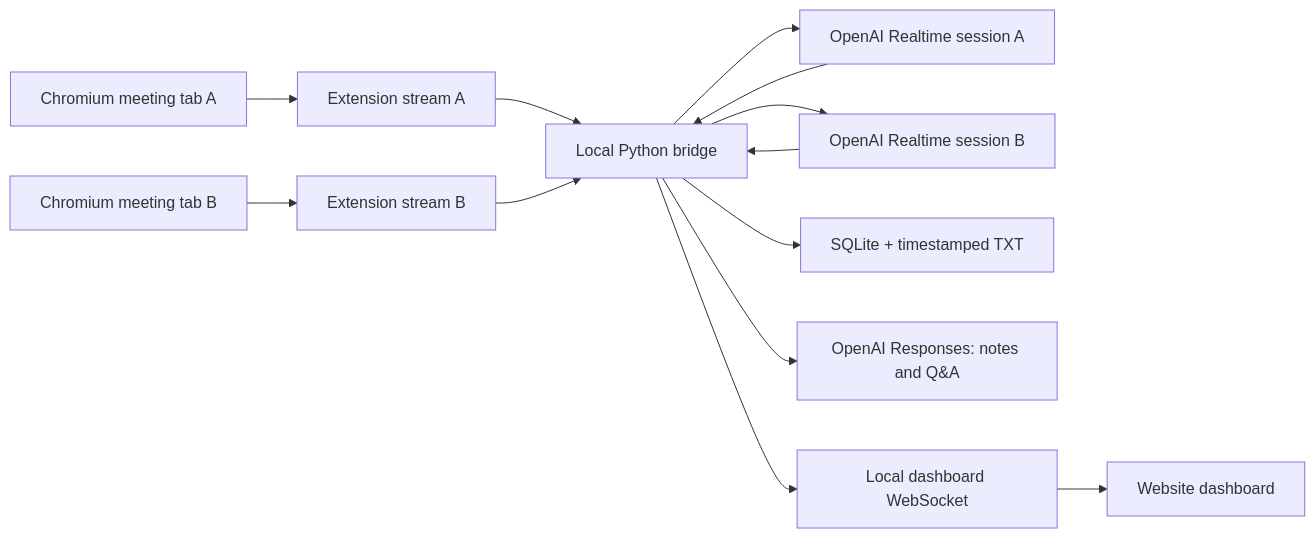
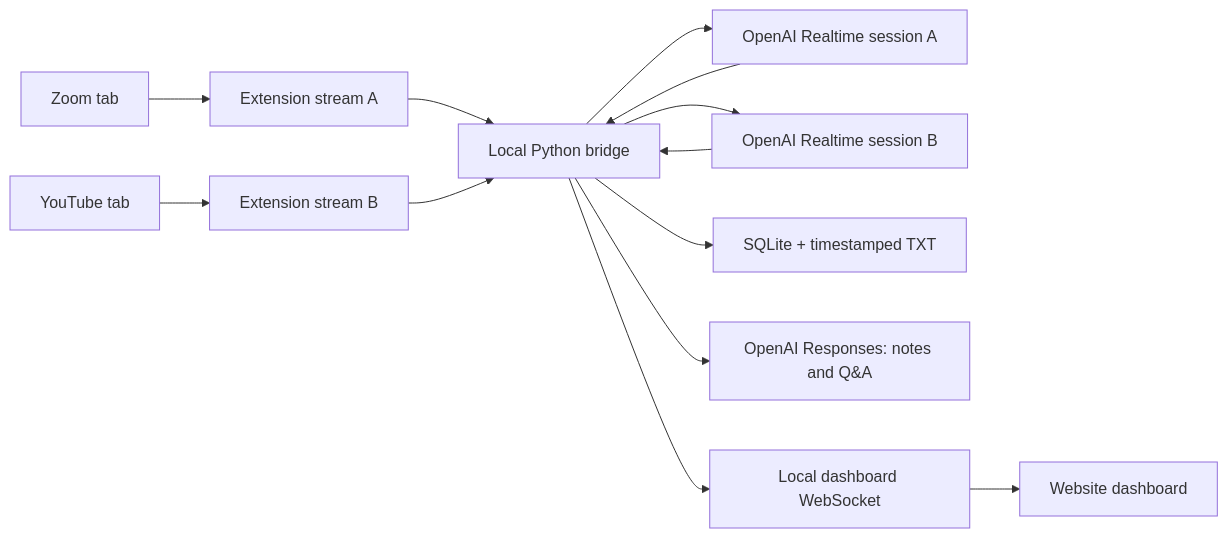
One commit to TheRealStubbornDeveloper/DaListener changed the diagram in README.md. Above: the diagram before and after it, drawn with Mermaid. The commit also changed other lines of this file and 29 other files, not shown here.

````diff
--- a/README.md
+++ b/README.md
@@ -30,15 +33,15 @@
 ```mermaid
 flowchart LR
-    A["Chromium meeting tab A"] --> EA["Extension stream A"]
-    B["Chromium meeting tab B"] --> EB["Extension stream B"]
+    A["Zoom tab"] --> EA["Extension stream A"]
+    B["YouTube tab"] --> EB["Extension stream B"]
     EA --> P["Local Python bridge"]
     EB --> P
     P --> RA["OpenAI Realtime session A"]
     P --> RB["OpenAI Realtime session B"]
     RA --> P
     RB --> P
     P --> DB["SQLite + timestamped TXT"]
     P --> AI["OpenAI Responses: notes and Q&A"]
     P --> WS["Local dashboard WebSocket"]
     WS --> UI["Website dashboard"]
 ```
````
